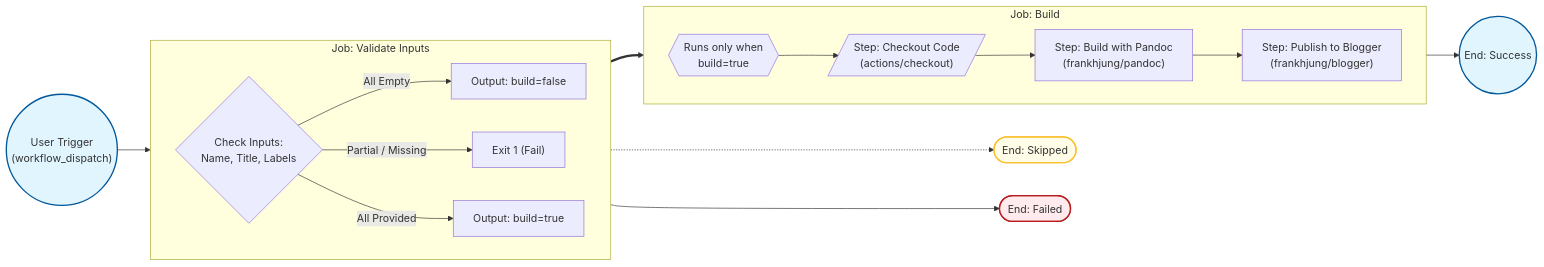
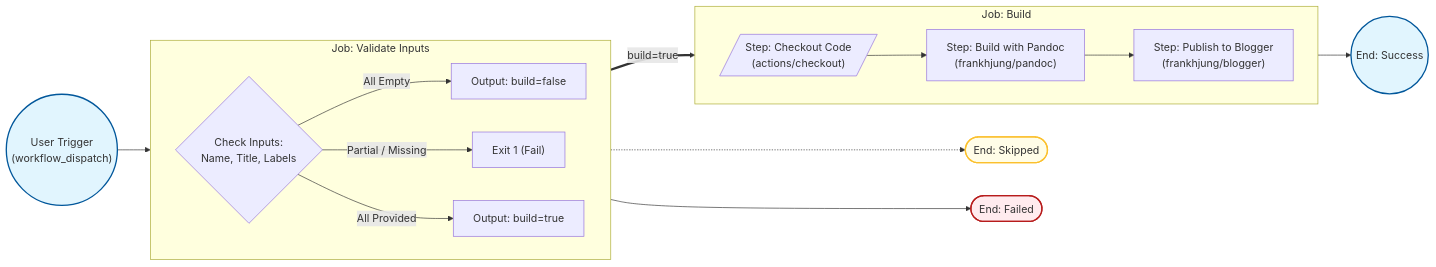
The diagram in README.md (frankhjung/article-markdown), drawn with Mermaid before and after one commit.

Commit message:
update mermaid

````diff
--- a/README.md
+++ b/README.md
@@ -12,46 +12,44 @@
 ```mermaid
 graph LR
     %% Trigger
     Start(("User Trigger<br/>(workflow_dispatch)")) --> ValidateJob
 
     %% Job: Validate
     subgraph ValidateJob ["Job: Validate Inputs"]
         direction LR
         InputLogic{"Check Inputs:<br/>Name, Title, Labels"}
 
         InputLogic -- "All Empty" --> OutputSkip["Output: build=false"]
         InputLogic -- "Partial / Missing" --> ExitFail["Exit 1 (Fail)"]
         InputLogic -- "All Provided" --> OutputBuild["Output: build=true"]
     end
 
-    %% Conditional Logic between Jobs
+   %% Conditional Logic between Jobs
     OutputSkip -.-> EndSkip([End: Skipped])
     ExitFail --> EndFail([End: Failed])
-    OutputBuild ==> StepCheckout
+   OutputBuild ==>|build=true| StepCheckout
 
-   %% Job: Build
-   subgraph BuildJob ["Job: Build"]
+      %% Job: Build
+      subgraph BuildJob ["Job: Build"]
         direction LR
 
-      BuildCondition{{"Runs only when<br/>build=true"}}
         StepCheckout[/"Step: Checkout Code<br/>(actions/checkout)"/]
         StepPandoc["Step: Build with Pandoc<br/>(frankhjung/pandoc)"]
         StepBlogger["Step: Publish to Blogger<br/>(frankhjung/blogger)"]
 
-      BuildCondition --> StepCheckout
         StepCheckout --> StepPandoc
         StepPandoc --> StepBlogger
     end
 
     %% End State
     StepBlogger --> EndSuccess((End: Success))
 
     %% Styling
     classDef green fill:#e1f5fe,stroke:#01579b,stroke-width:2px;
     classDef red fill:#ffebee,stroke:#b71c1c,stroke-width:2px;
     classDef yellow fill:#fffde7,stroke:#fbc02d,stroke-width:2px;
 
     class Start,EndSuccess green;
     class EndFail red;
     class EndSkip yellow;
 ```
````
